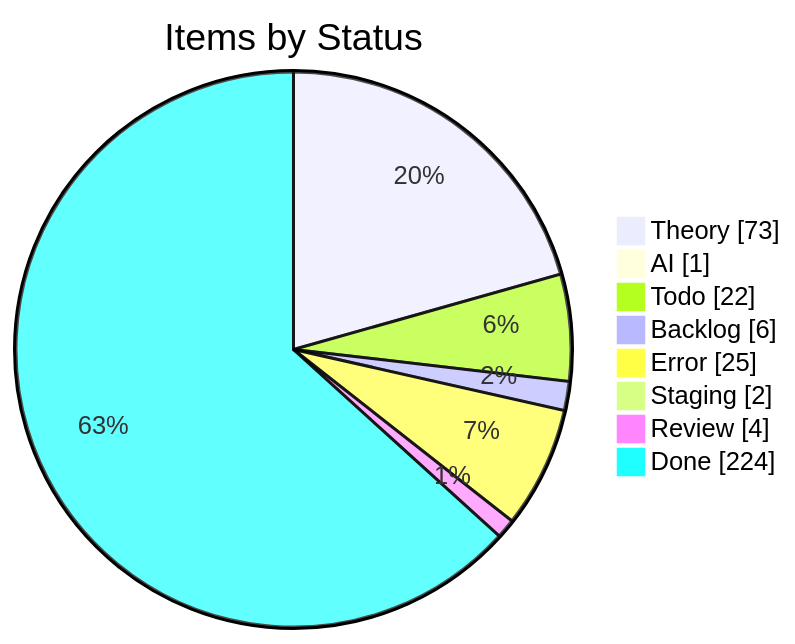
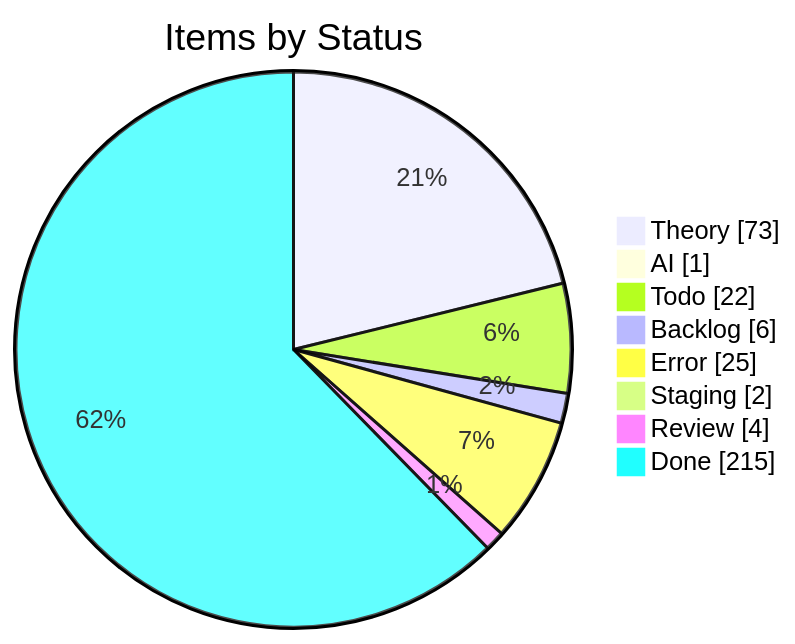
Before and after one commit to KBVE/kbve: the first of 4 diagrams in apps/kbve/astro-kbve/src/content/docs/dashboard/kanban-data.mdx, drawn with Mermaid. The commit also changed other lines of this file and 8 other files, not shown here.

````diff
--- a/apps/kbve/astro-kbve/src/content/docs/dashboard/kanban-data.mdx
+++ b/apps/kbve/astro-kbve/src/content/docs/dashboard/kanban-data.mdx
@@ -55,12 +55,12 @@
 ```mermaid
 pie showData
     title Items by Status
     "Theory" : 73
     "AI" : 1
     "Todo" : 22
     "Backlog" : 6
     "Error" : 25
     "Staging" : 2
     "Review" : 4
-    "Done" : 224
+    "Done" : 215
 ```
````
